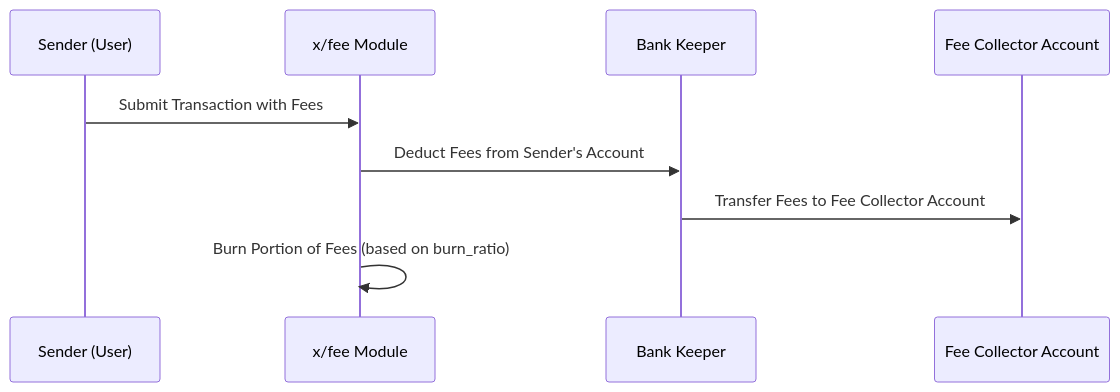
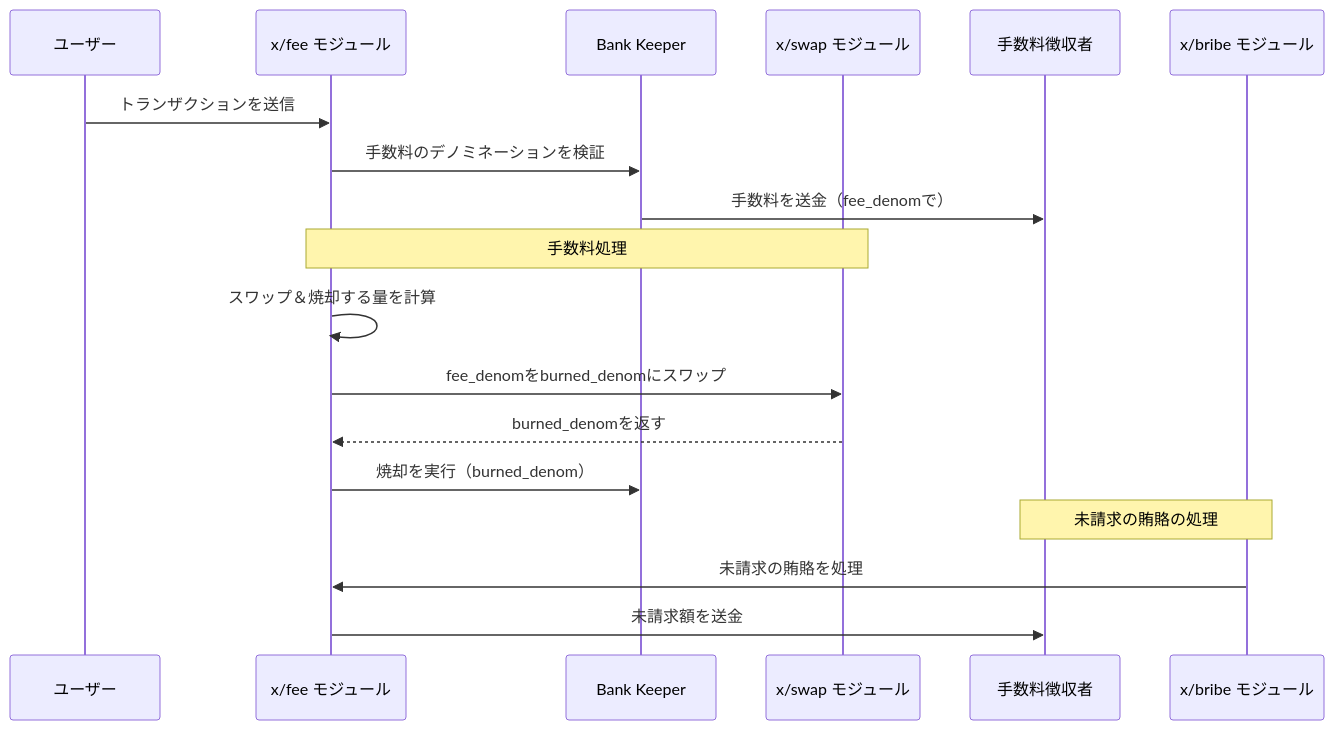
Before and after one commit to sunriselayer/gitbook: the diagram in ja/learn/sunrise/fee.md, drawn with Mermaid. The commit also changed other lines of this file and 106 other files, not shown here.

````diff
--- a/ja/learn/sunrise/fee.md
+++ b/ja/learn/sunrise/fee.md
@@ -98,12 +56,23 @@
 ```mermaid
 sequenceDiagram
-    participant Sender as Sender (User)
-    participant FeeModule as x/fee Module
+    participant User as ユーザー
+    participant FeeModule as x/fee モジュール
     participant BankKeeper as Bank Keeper
-    participant FeeCollector as Fee Collector Account
+    participant SwapModule as x/swap モジュール
+    participant FeeCollector as 手数料徴収者
+    participant BribeModule as x/bribe モジュール
 
-    Sender->>FeeModule: Submit Transaction with Fees
-    FeeModule->>BankKeeper: Deduct Fees from Sender's Account
-    BankKeeper->>FeeCollector: Transfer Fees to Fee Collector Account
-    FeeModule->>FeeModule: Burn Portion of Fees (based on burn_ratio)
+    User->>FeeModule: トランザクションを送信
+    FeeModule->>BankKeeper: 手数料のデノミネーションを検証
+    BankKeeper->>FeeCollector: 手数料を送金（fee_denomで）
+    
+    note over FeeModule, SwapModule: 手数料処理
+    FeeModule->>FeeModule: スワップ＆焼却する量を計算
+    FeeModule->>SwapModule: fee_denomをburned_denomにスワップ
+    SwapModule-->>FeeModule: burned_denomを返す
+    FeeModule->>BankKeeper: 焼却を実行（burned_denom）
+
+    note over BribeModule, FeeCollector: 未請求の賄賂の処理
+    BribeModule->>FeeModule: 未請求の賄賂を処理
+    FeeModule->>FeeCollector: 未請求額を送金
 ```
````
